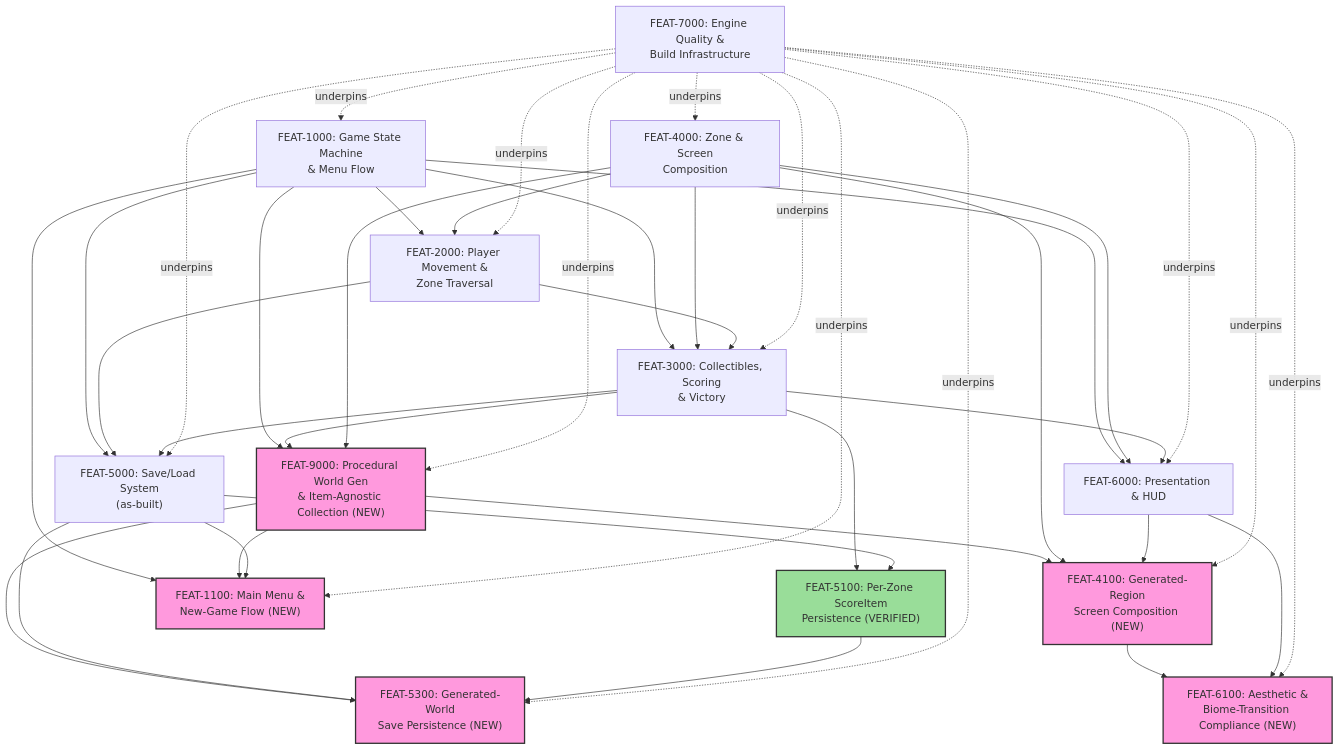
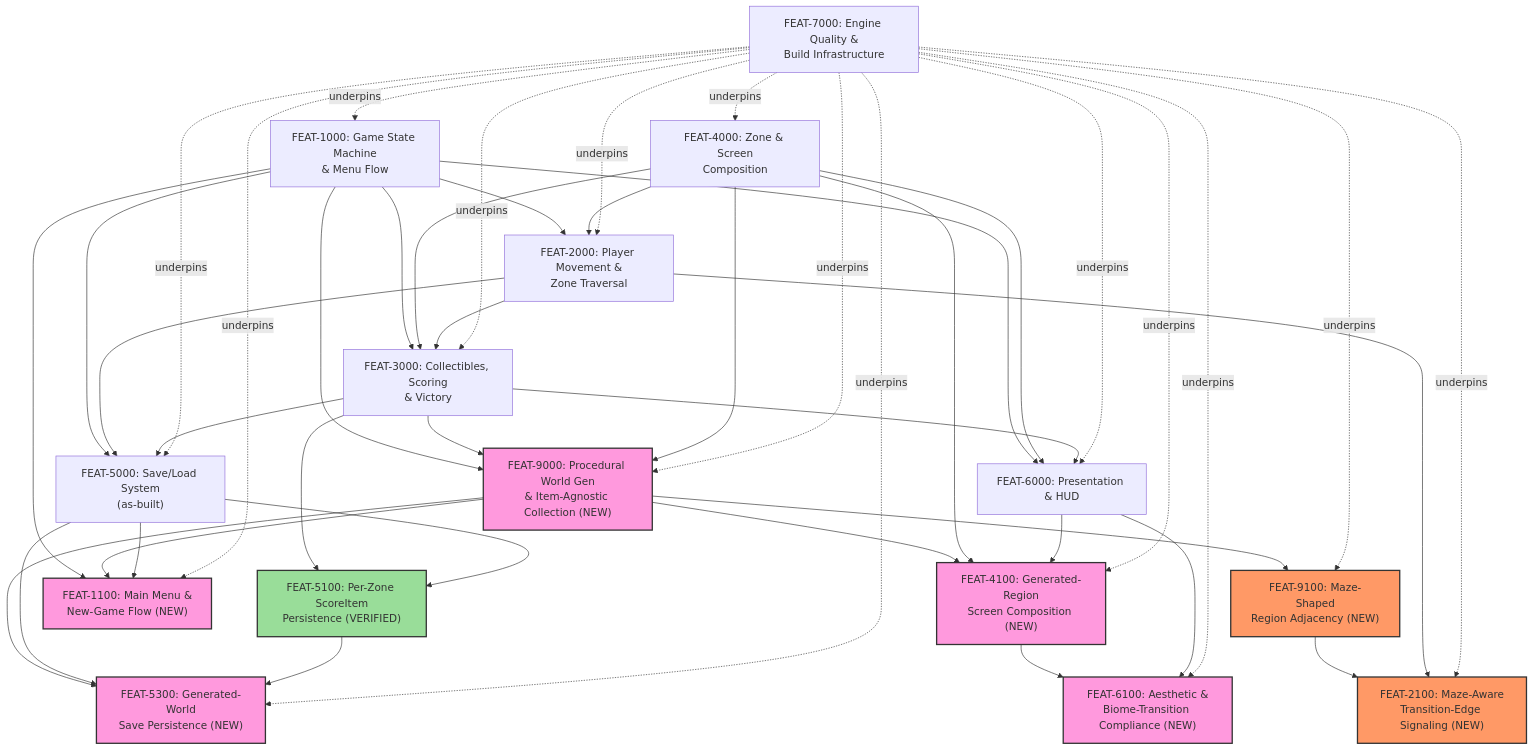
Before and after one commit to Zabin/RsGame: the diagram in docs/feature-planning/04-feature-dependency-graph.md, drawn with Mermaid. The commit also changed other lines of this file and 6 other files, not shown here.

First line of the commit message:
docs(feature-planning): FEAT-9100/FEAT-2100 -- ADR-0012 maze-adjacency delta

````diff
--- a/docs/feature-planning/04-feature-dependency-graph.md
+++ b/docs/feature-planning/04-feature-dependency-graph.md
@@ -9,64 +10,73 @@
 ```mermaid
 graph TD
     FEAT7000["FEAT-7000: Engine Quality &<br/>Build Infrastructure"]
     FEAT1000["FEAT-1000: Game State Machine<br/>& Menu Flow"]
     FEAT4000["FEAT-4000: Zone & Screen<br/>Composition"]
     FEAT2000["FEAT-2000: Player Movement &<br/>Zone Traversal"]
     FEAT3000["FEAT-3000: Collectibles, Scoring<br/>& Victory"]
     FEAT6000["FEAT-6000: Presentation & HUD"]
     FEAT5000["FEAT-5000: Save/Load System<br/>(as-built)"]
     FEAT5100["FEAT-5100: Per-Zone ScoreItem<br/>Persistence (VERIFIED)"]
     FEAT9000["FEAT-9000: Procedural World Gen<br/>& Item-Agnostic Collection (NEW)"]
     FEAT4100["FEAT-4100: Generated-Region<br/>Screen Composition (NEW)"]
     FEAT1100["FEAT-1100: Main Menu &<br/>New-Game Flow (NEW)"]
     FEAT5300["FEAT-5300: Generated-World<br/>Save Persistence (NEW)"]
     FEAT6100["FEAT-6100: Aesthetic &<br/>Biome-Transition Compliance (NEW)"]
+    FEAT9100["FEAT-9100: Maze-Shaped<br/>Region Adjacency (NEW)"]
+    FEAT2100["FEAT-2100: Maze-Aware<br/>Transition-Edge Signaling (NEW)"]
 
     FEAT1000 --> FEAT2000
     FEAT1000 --> FEAT3000
     FEAT1000 --> FEAT5000
     FEAT1000 --> FEAT6000
     FEAT4000 --> FEAT2000
     FEAT4000 --> FEAT3000
     FEAT4000 --> FEAT6000
     FEAT2000 --> FEAT3000
     FEAT2000 --> FEAT5000
     FEAT3000 --> FEAT5000
     FEAT3000 --> FEAT6000
     FEAT3000 --> FEAT5100
     FEAT5000 --> FEAT5100
 
     FEAT1000 --> FEAT9000
     FEAT3000 --> FEAT9000
     FEAT4000 --> FEAT9000
     FEAT9000 --> FEAT4100
     FEAT4000 --> FEAT4100
     FEAT6000 --> FEAT4100
     FEAT1000 --> FEAT1100
     FEAT9000 --> FEAT1100
     FEAT5000 --> FEAT1100
     FEAT9000 --> FEAT5300
     FEAT5000 --> FEAT5300
     FEAT5100 --> FEAT5300
     FEAT4100 --> FEAT6100
     FEAT6000 --> FEAT6100
+    FEAT9000 --> FEAT9100
+    FEAT9100 --> FEAT2100
+    FEAT2000 --> FEAT2100
 
     FEAT7000 -.underpins.-> FEAT1000
     FEAT7000 -.underpins.-> FEAT2000
     FEAT7000 -.underpins.-> FEAT3000
     FEAT7000 -.underpins.-> FEAT4000
     FEAT7000 -.underpins.-> FEAT5000
     FEAT7000 -.underpins.-> FEAT6000
     FEAT7000 -.underpins.-> FEAT9000
     FEAT7000 -.underpins.-> FEAT4100
     FEAT7000 -.underpins.-> FEAT1100
     FEAT7000 -.underpins.-> FEAT5300
     FEAT7000 -.underpins.-> FEAT6100
+    FEAT7000 -.underpins.-> FEAT9100
+    FEAT7000 -.underpins.-> FEAT2100
 
     style FEAT5100 fill:#9d9,stroke:#333,stroke-width:2px
     style FEAT9000 fill:#f9d,stroke:#333,stroke-width:2px
     style FEAT4100 fill:#f9d,stroke:#333,stroke-width:2px
     style FEAT1100 fill:#f9d,stroke:#333,stroke-width:2px
     style FEAT5300 fill:#f9d,stroke:#333,stroke-width:2px
     style FEAT6100 fill:#f9d,stroke:#333,stroke-width:2px
+    style FEAT9100 fill:#f96,stroke:#333,stroke-width:2px
+    style FEAT2100 fill:#f96,stroke:#333,stroke-width:2px
 ```
````
